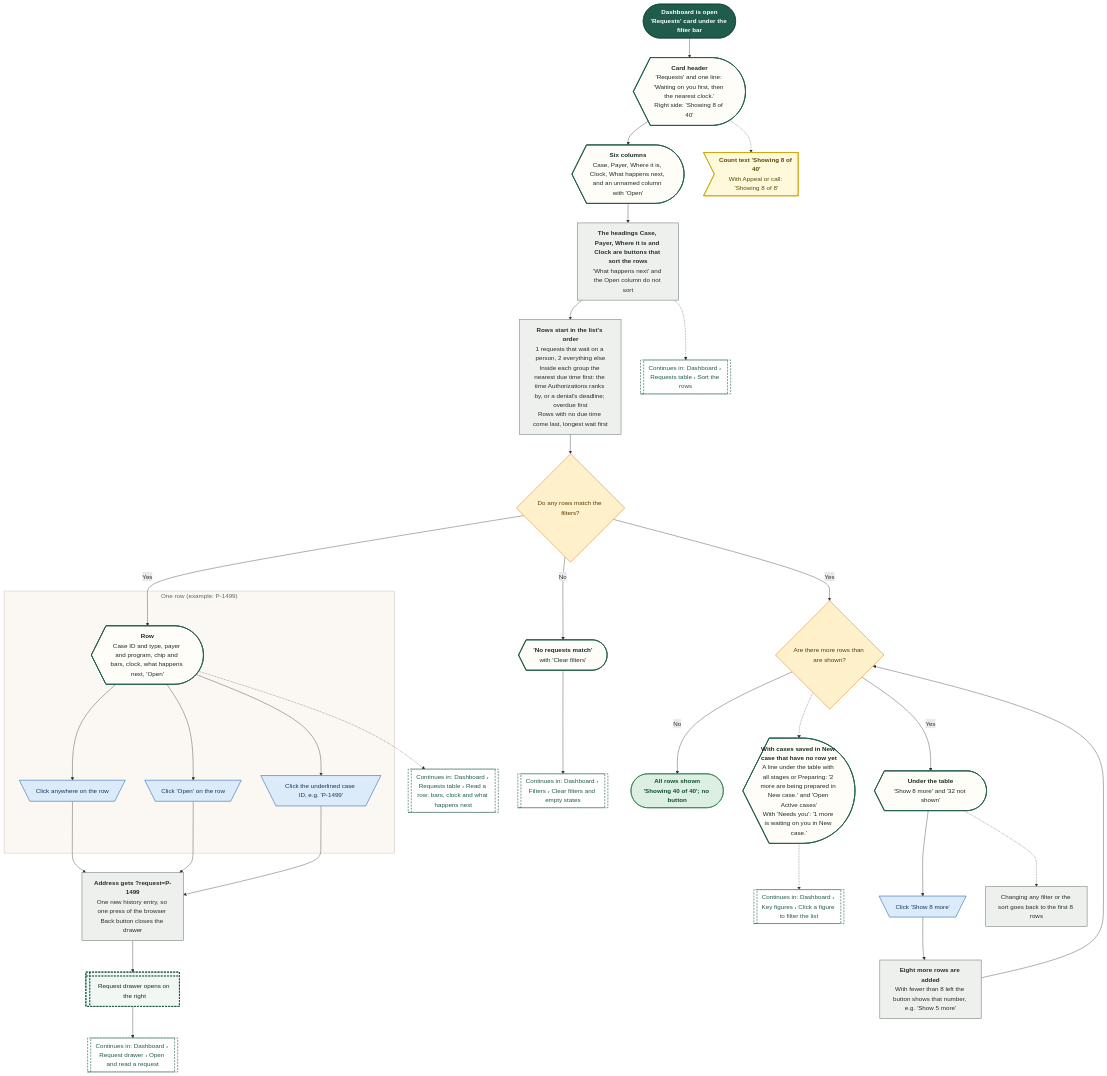
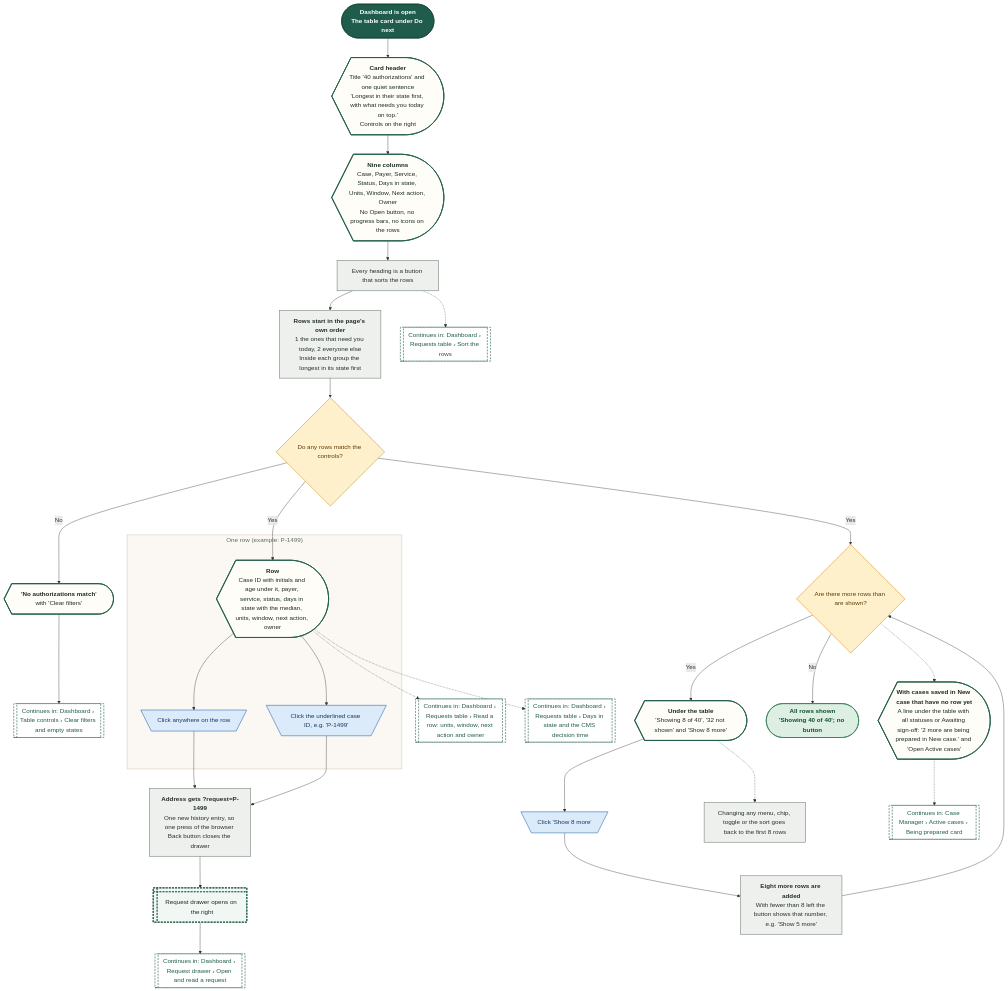
The tenth of 21 diagrams in demos/prior-auth-demo/workflows/out/md/02-dashboard.md (Shrav143/psyfloapp), drawn with Mermaid before and after one commit. The commit also changed other lines of this file and 251 other files, not shown here.

First line of the commit message:
docs: rebuild the workflow diagrams (291) for round 4

````diff
--- a/demos/prior-auth-demo/workflows/out/md/02-dashboard.md
+++ b/demos/prior-auth-demo/workflows/out/md/02-dashboard.md
@@ -578,74 +671,71 @@
 ```mermaid
 %%{init: {"theme":"base","themeVariables":{"fontFamily":"'DM Sans', 'Segoe UI', system-ui, sans-serif","fontSize":"15px","lineColor":"#5B6B63","primaryTextColor":"#1C2B25","clusterBkg":"#FBF8F3","clusterBorder":"#D9CDBB","edgeLabelBackground":"#FFFFFF"},"flowchart":{"curve":"basis","nodeSpacing":36,"rankSpacing":48,"padding":12,"htmlLabels":true,"useMaxWidth":false,"wrappingWidth":230}} }%%
 flowchart TD
   classDef k_start fill:#1F5C4B,stroke:#174638,color:#FFFFFF,stroke-width:1.5px,font-weight:600
   classDef k_end fill:#DDEFE3,stroke:#2E7D4F,color:#14502F,stroke-width:1.5px,font-weight:600
   classDef k_endx fill:#FBE3E0,stroke:#C0392B,color:#7A1F16,stroke-width:1.5px,font-weight:600
   classDef k_screen fill:#FFFDF8,stroke:#1F5C4B,color:#1C2B25,stroke-width:2px
   classDef k_overlay fill:#F1F7F3,stroke:#1F5C4B,color:#1C2B25,stroke-width:2px,stroke-dasharray:5 3
   classDef k_click fill:#DCEBFA,stroke:#2F6DB5,color:#12365F,stroke-width:1.5px
   classDef k_input fill:#E4E7FF,stroke:#4C5FD5,color:#1D2670,stroke-width:1.5px
   classDef k_process fill:#EEF0EE,stroke:#7A857F,color:#26302B,stroke-width:1.5px
   classDef k_agent fill:#EEE5FA,stroke:#7A4FC2,color:#341A63,stroke-width:1.5px
   classDef k_decision fill:#FFF0CC,stroke:#D9962B,color:#5C3B00,stroke-width:1.5px
   classDef k_store fill:#D5F0EA,stroke:#1C8E7B,color:#0B4A3F,stroke-width:1.5px
   classDef k_doc fill:#F6E9DC,stroke:#B07A4C,color:#4A2E14,stroke-width:1.5px
   classDef k_ext fill:#FFE6D2,stroke:#E07B39,color:#6B2F06,stroke-width:1.5px
   classDef k_wait fill:#E4E8EE,stroke:#6B7C93,color:#26303D,stroke-width:1.5px
   classDef k_toast fill:#FFF9DB,stroke:#C9A400,color:#5A4A00,stroke-width:1.5px
   classDef k_goto fill:#FFFFFF,stroke:#1F5C4B,color:#1F5C4B,stroke-width:1.5px,stroke-dasharray:5 3
-  s1@{ shape: stadium, label: "<b>Dashboard is open</b><br/>'Requests' card under the filter bar" }
-  sc1@{ shape: curv-trap, label: "<b>Card header</b><br/>'Requests' and one line: 'Waiting on you first, then the nearest clock.'<br/>Right side: 'Showing 8 of 40'" }
-  sc2@{ shape: curv-trap, label: "<b>Six columns</b><br/>Case, Payer, Where it is, Clock, What happens next, and an unnamed column with 'Open'" }
-  p1@{ shape: rect, label: "<b>The headings Case, Payer, Where it is and Clock are buttons that sort the rows</b><br/>'What happens next' and the Open column do not sort" }
-  p2@{ shape: rect, label: "<b>Rows start in the list's order</b><br/>1 requests that wait on a person, 2 everything else<br/>Inside each group the nearest due time first: the time Authorizations ranks by, or a denial's deadline; overdue first<br/>Rows with no due time come last, longest wait first" }
-  d0@{ shape: diam, label: "Do any rows match the filters?" }
-  em@{ shape: curv-trap, label: "<b>'No requests match'</b><br/>with 'Clear filters'" }
+  s1@{ shape: stadium, label: "<b>Dashboard is open</b><br/>The table card under Do next" }
+  sc1@{ shape: curv-trap, label: "<b>Card header</b><br/>Title '40 authorizations' and one quiet sentence<br/>'Longest in their state first, with what needs you today on top.'<br/>Controls on the right" }
+  sc2@{ shape: curv-trap, label: "<b>Nine columns</b><br/>Case, Payer, Service, Status, Days in state, Units, Window, Next action, Owner<br/>No Open button, no progress bars, no icons on the rows" }
+  p1@{ shape: rect, label: "Every heading is a button that sorts the rows" }
+  p2@{ shape: rect, label: "<b>Rows start in the page's own order</b><br/>1 the ones that need you today, 2 everyone else<br/>Inside each group the longest in its state first" }
+  d0@{ shape: diam, label: "Do any rows match the controls?" }
+  em@{ shape: curv-trap, label: "<b>'No authorizations match'</b><br/>with 'Clear filters'" }
   subgraph gRow ["One row (example: P-1499)"]
-  r1@{ shape: curv-trap, label: "<b>Row</b><br/>Case ID and type, payer and program, chip and bars, clock, what happens next, 'Open'" }
+  r1@{ shape: curv-trap, label: "<b>Row</b><br/>Case ID with initials and age under it, payer, service, status, days in state with the median, units, window, next action, owner" }
   c1@{ shape: trap-t, label: "Click anywhere on the row" }
   c2@{ shape: trap-t, label: "Click the underlined case ID, e.g. 'P-1499'" }
-  c3@{ shape: trap-t, label: "Click 'Open' on the row" }
   end
   p3@{ shape: rect, label: "<b>Address gets ?request=P-1499</b><br/>One new history entry, so one press of the browser Back button closes the drawer" }
   o1@{ shape: win-pane, label: "Request drawer opens on the right" }
   g1@{ shape: subproc, label: "Continues in: Dashboard › Request drawer › Open and read a request" }
-  g2@{ shape: subproc, label: "Continues in: Dashboard › Requests table › Read a row: bars, clock and what happens next" }
-  g3@{ shape: subproc, label: "Continues in: Dashboard › Filters › Clear filters and empty states" }
+  g2@{ shape: subproc, label: "Continues in: Dashboard › Requests table › Read a row: units, window, next action and owner" }
+  g3@{ shape: subproc, label: "Continues in: Dashboard › Table controls › Clear filters and empty states" }
   g4@{ shape: subproc, label: "Continues in: Dashboard › Requests table › Sort the rows" }
-  g5@{ shape: subproc, label: "Continues in: Dashboard › Key figures › Click a figure to filter the list" }
+  g5@{ shape: subproc, label: "Continues in: Dashboard › Requests table › Days in state and the CMS decision time" }
   d1@{ shape: diam, label: "Are there more rows than are shown?" }
-  sc3@{ shape: curv-trap, label: "<b>Under the table</b><br/>'Show 8 more' and '32 not shown'" }
+  sc3@{ shape: curv-trap, label: "<b>Under the table</b><br/>'Showing 8 of 40', '32 not shown' and 'Show 8 more'" }
   c4@{ shape: trap-t, label: "Click 'Show 8 more'" }
   p5@{ shape: rect, label: "<b>Eight more rows are added</b><br/>With fewer than 8 left the button shows that number, e.g. 'Show 5 more'" }
   e1@{ shape: stadium, label: "<b>All rows shown</b><br/>'Showing 40 of 40'; no button" }
-  p6@{ shape: rect, label: "Changing any filter or the sort goes back to the first 8 rows" }
-  t1@{ shape: odd, label: "<b>Count text 'Showing 8 of 40'</b><br/>With Appeal or call: 'Showing 8 of 8'" }
-  sc4@{ shape: curv-trap, label: "<b>With cases saved in New case that have no row yet</b><br/>A line under the table with all stages or Preparing: '2 more are being prepared in New case.' and 'Open Active cases'<br/>With 'Needs you': '1 more is waiting on you in New case.'" }
+  p6@{ shape: rect, label: "Changing any menu, chip, toggle or the sort goes back to the first 8 rows" }
+  sc4@{ shape: curv-trap, label: "<b>With cases saved in New case that have no row yet</b><br/>A line under the table with all statuses or Awaiting sign-off: '2 more are being prepared in New case.' and 'Open Active cases'" }
+  g6@{ shape: subproc, label: "Continues in: Case Manager › Active cases › Being prepared card" }
   s1 --> sc1 --> sc2 --> p1 --> p2 --> d0
   d0 -->|"No"| em --> g3
   d0 -->|"Yes"| r1
-  r1 --> c1 & c2 & c3
+  r1 --> c1 & c2
   c1 --> p3
-  c3 --> p3
   c2 --> p3
   p3 --> o1 --> g1
   r1 -.-> g2
   p1 -.-> g4
   d0 -->|"Yes"| d1
-  sc1 -.-> t1
   d1 -->|"Yes"| sc3 --> c4 --> p5 --> d1
   d1 -->|"No"| e1
   sc3 -.-> p6
-  d1 -.-> sc4 -.-> g5
+  d1 -.-> sc4 -.-> g6
+  r1 -.-> g5
   class s1 k_start
   class sc1,sc2,em,r1,sc3,sc4 k_screen
   class p1,p2,p3,p5,p6 k_process
   class d0,d1 k_decision
-  class c1,c2,c3,c4 k_click
+  class c1,c2,c4 k_click
   class o1 k_overlay
-  class g1,g2,g3,g4,g5 k_goto
+  class g1,g2,g3,g4,g5,g6 k_goto
   class e1 k_end
-  class t1 k_toast
   style gRow fill:#FBF8F3,stroke:#D9CDBB,stroke-width:1.5px,color:#5B6B63
 ```
````
